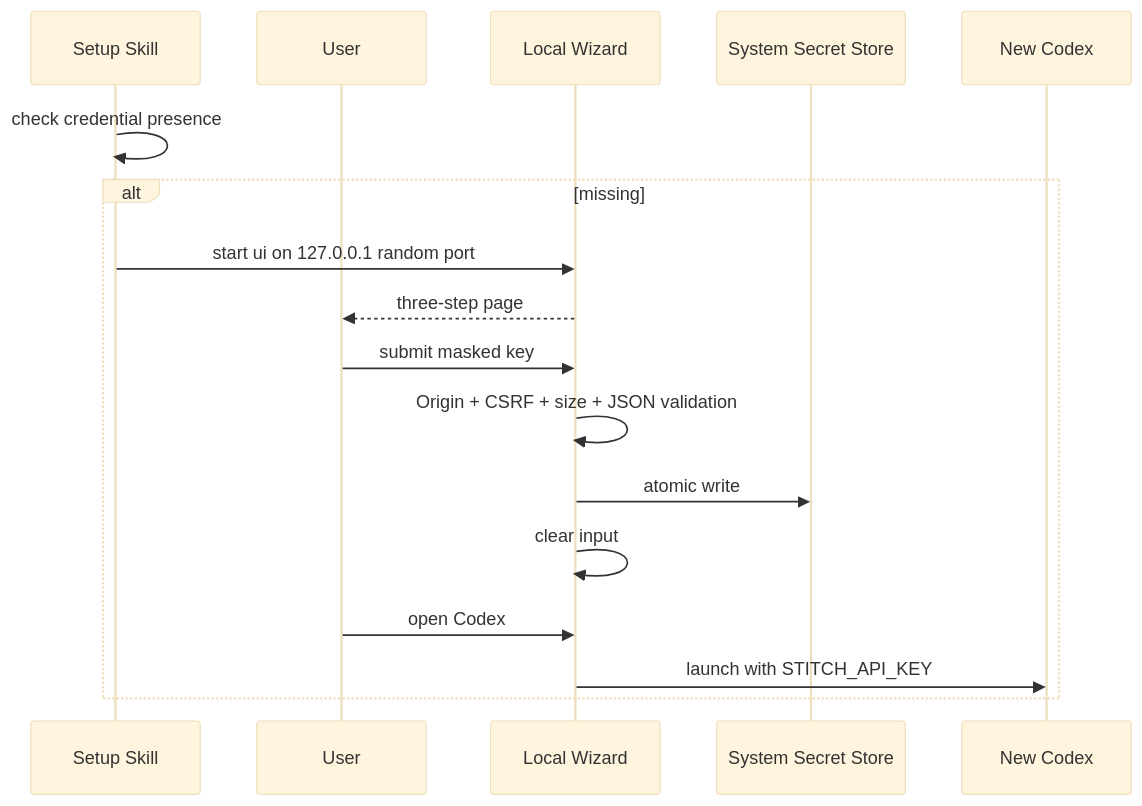
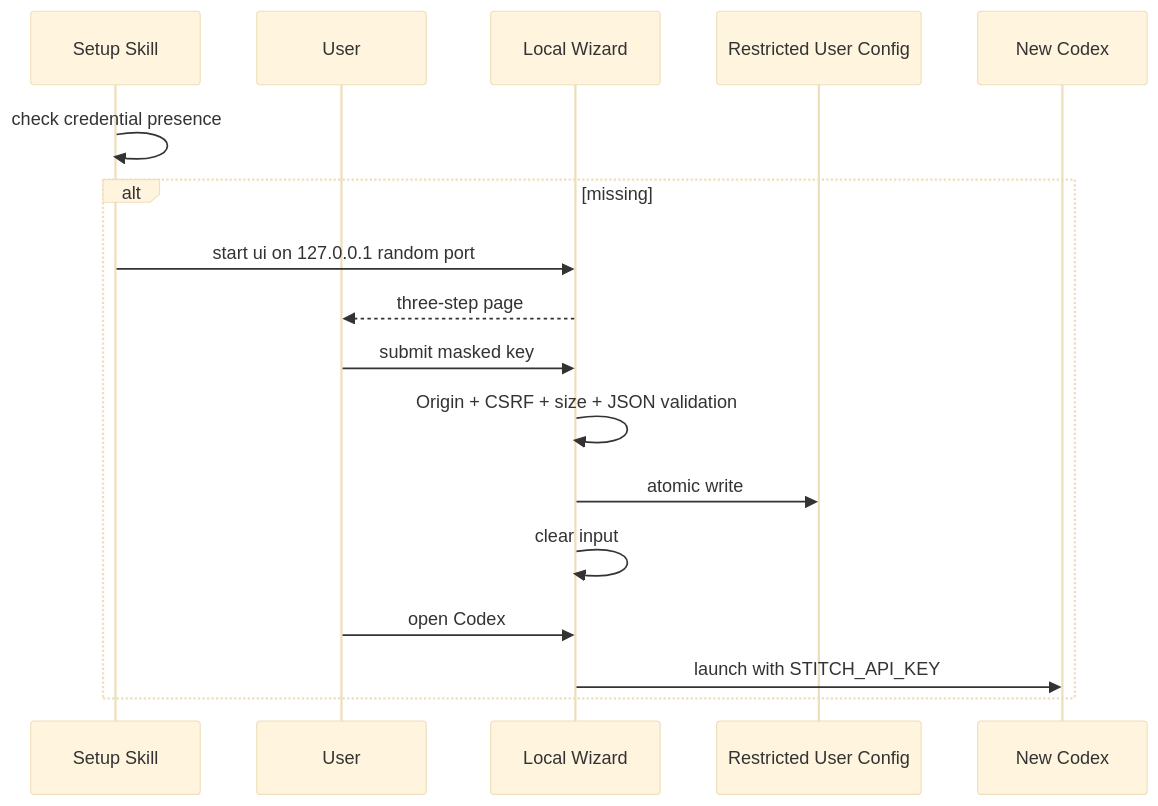
The first of 6 diagrams in docs/Stitch-Design-Technical-Solution.md (full-stack-plugins/stitch-design-plugin), drawn with Mermaid (base theme) before and after one commit. The commit also changed other lines of this file and 32 other files, not shown here.

````diff
--- a/docs/Stitch-Design-Technical-Solution.md
+++ b/docs/Stitch-Design-Technical-Solution.md
@@ -37,19 +37,19 @@
 ```mermaid
 sequenceDiagram
     participant S as Setup Skill
     participant U as User
     participant L as Local Wizard
-    participant F as System Secret Store
+    participant F as Restricted User Config
     participant C as New Codex
     S->>S: check credential presence
     alt missing
       S->>L: start ui on 127.0.0.1 random port
       L-->>U: three-step page
       U->>L: submit masked key
       L->>L: Origin + CSRF + size + JSON validation
       L->>F: atomic write
       L->>L: clear input
       U->>L: open Codex
       L->>C: launch with STITCH_API_KEY
     end
 ```
````
